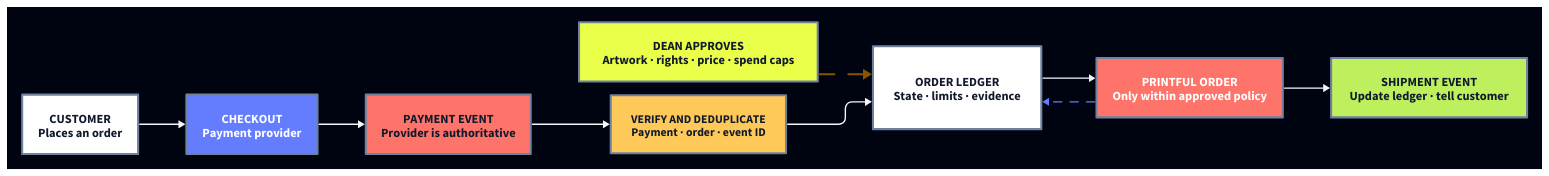
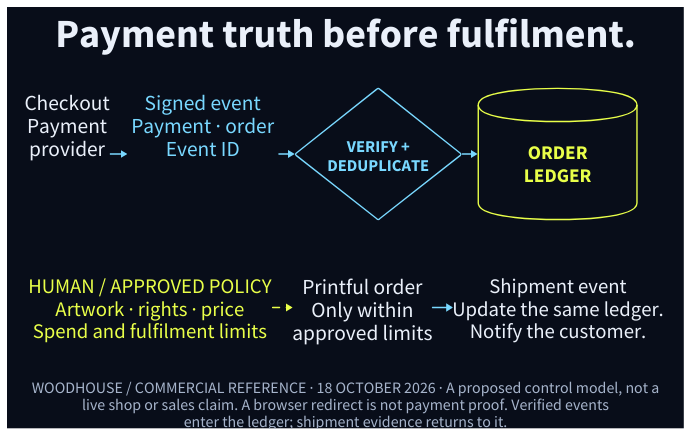
Before and after one commit to loftwah/woodhouse-new: the diagram in diagrams/payment-fulfilment.d2, drawn with D2. The commit also changed 83 other files, not shown here.

Commit message:
Rebuild Woodhouse technical plates and the founding feature

```diff
--- a/diagrams/payment-fulfilment.d2
+++ b/diagrams/payment-fulfilment.d2
@@ -1,15 +1,112 @@
+# Woodhouse authored technical plate. Reviewed 18 October 2026.
+# Shape grammar: text = work; circle = responsibility; diamond = decision;
+# labelled stop = evidence boundary; dashed line = return or conditional path.
+# This is a method/relationship, not a claim that every project passed it.
+vars: {d2-config: {layout-engine: elk; theme-id: 0; pad: 16}}
+style.fill: "#080D19"
 direction: right
-vars: {d2-config: {layout-engine: elk; theme-id: 201}}
+grid-columns: 1
+vertical-gap: 22
 
-catalogue: "DEAN APPROVES\nArtwork · rights · price · spend caps" {style.fill: "#E9FF49"; style.stroke: "#6E819F"; style.stroke-width: 3; style.font-color: "#111A2C"; style.font-size: 18; style.bold: true}
-customer: "CUSTOMER\nPlaces an order" {style.fill: "#FFFFFF"; style.stroke: "#6E819F"; style.stroke-width: 3; style.font-color: "#111A2C"; style.font-size: 18; style.bold: true}
-checkout: "CHECKOUT\nPayment provider" {style.fill: "#647DFF"; style.stroke: "#6E819F"; style.stroke-width: 3; style.font-color: "#FFFFFF"; style.font-size: 18; style.bold: true}
-event: "PAYMENT EVENT\nProvider is authoritative" {style.fill: "#FF746A"; style.stroke: "#6E819F"; style.stroke-width: 3; style.font-color: "#111A2C"; style.font-size: 18; style.bold: true}
-verify: "VERIFY AND DEDUPLICATE\nPayment · order · event ID" {style.fill: "#FFC95A"; style.stroke: "#6E819F"; style.stroke-width: 3; style.font-color: "#111A2C"; style.font-size: 17; style.bold: true}
-ledger: "ORDER LEDGER\nState · limits · evidence" {style.fill: "#FFFFFF"; style.stroke: "#6E819F"; style.stroke-width: 3; style.font-color: "#111A2C"; style.font-size: 18; style.bold: true}
-fulfilment: "PRINTFUL ORDER\nOnly within approved policy" {style.fill: "#FF746A"; style.stroke: "#6E819F"; style.stroke-width: 3; style.font-color: "#FFFFFF"; style.font-size: 18; style.bold: true}
-shipment: "SHIPMENT EVENT\nUpdate ledger · tell customer" {style.fill: "#BEF05E"; style.stroke: "#6E819F"; style.stroke-width: 3; style.font-color: "#111A2C"; style.font-size: 18; style.bold: true}
-
-catalogue -> ledger {style.stroke: "#835500"; style.stroke-width: 3; style.stroke-dash: 7}
-customer -> checkout -> event -> verify -> ledger -> fulfilment -> shipment
-fulfilment -> ledger {style.stroke: "#647DFF"; style.stroke-width: 2; style.stroke-dash: 6}
+plate_title: "Payment truth before fulfilment." {
+  shape: text
+  style.font-color: "#EAF0FA"
+  style.font-size: 58
+  style.fill: "transparent"
+  style.stroke: "#EAF0FA"
+  style.stroke-width: 0
+  style.bold: true
+}
+plate_title.near: top-center
+payment: "" {
+  style.fill: transparent
+  style.stroke-width: 0
+  grid-rows: 1
+  grid-columns: 4
+  grid-gap: 25
+checkout: "Checkout\nPayment\nprovider" {
+  shape: text
+  style.font-color: "#EAF0FA"
+  style.font-size: 31
+  style.fill: "transparent"
+  style.stroke: "#EAF0FA"
+  style.stroke-width: 0
+}
+event: "Signed event\nPayment · order\nEvent ID" {
+  shape: text
+  style.font-color: "#79D8FF"
+  style.font-size: 31
+  style.fill: "transparent"
+  style.stroke: "#79D8FF"
+  style.stroke-width: 0
+}
+verify: "VERIFY +\nDEDUPLICATE" {
+  label.near: center-center
+  shape: diamond
+  style.font-color: "#79D8FF"
+  style.font-size: 24
+  style.fill: "transparent"
+  style.stroke: "#79D8FF"
+  style.stroke-width: 2
+  width: 240
+  height: 190
+  style.bold: true
+}
+ledger: "ORDER\nLEDGER" {
+  label.near: center-center
+  shape: cylinder
+  style.font-color: "#E9FF49"
+  style.font-size: 28
+  style.fill: "transparent"
+  style.stroke: "#E9FF49"
+  style.stroke-width: 2
+  width: 230
+  height: 170
+  style.bold: true
+}
+checkout -> event: "" {style.stroke: "#79D8FF"; style.stroke-width: 2; style.font-color: "#79D8FF"; style.font-size: 22;}
+event -> verify: "" {style.stroke: "#79D8FF"; style.stroke-width: 2; style.font-color: "#79D8FF"; style.font-size: 22;}
+verify -> ledger: "" {style.stroke: "#79D8FF"; style.stroke-width: 2; style.font-color: "#79D8FF"; style.font-size: 22;}
+}
+delivery: "" {
+  style.fill: transparent
+  style.stroke-width: 0
+  grid-rows: 1
+  grid-columns: 3
+  grid-gap: 30
+policy: "HUMAN / APPROVED POLICY\nArtwork · rights · price\nSpend and fulfilment limits" {
+  shape: text
+  style.font-color: "#E9FF49"
+  style.font-size: 30
+  style.fill: "transparent"
+  style.stroke: "#E9FF49"
+  style.stroke-width: 0
+}
+fulfil: "Printful order\nOnly within\napproved limits" {
+  shape: text
+  style.font-color: "#EAF0FA"
+  style.font-size: 31
+  style.fill: "transparent"
+  style.stroke: "#EAF0FA"
+  style.stroke-width: 0
+}
+shipment: "Shipment event\nUpdate the same ledger.\nNotify the customer." {
+  shape: text
+  style.font-color: "#EAF0FA"
+  style.font-size: 30
+  style.fill: "transparent"
+  style.stroke: "#EAF0FA"
+  style.stroke-width: 0
+}
+policy -> fulfil: "" {style.stroke: "#E9FF49"; style.stroke-width: 2; style.font-color: "#E9FF49"; style.font-size: 22; style.stroke-dash: 5;}
+fulfil -> shipment: "" {style.stroke: "#79D8FF"; style.stroke-width: 2; style.font-color: "#79D8FF"; style.font-size: 22;}
+}
+plate_note: "WOODHOUSE / COMMERCIAL REFERENCE · 18 OCTOBER 2026 · A proposed control model, not a\nlive shop or sales claim. A browser redirect is not payment proof. Verified events\nenter the ledger; shipment evidence returns to it." {
+  shape: text
+  style.font-color: "#A6B4CB"
+  style.font-size: 23
+  style.fill: "transparent"
+  style.stroke: "#A6B4CB"
+  style.stroke-width: 0
+}
+plate_note.near: bottom-center
```
